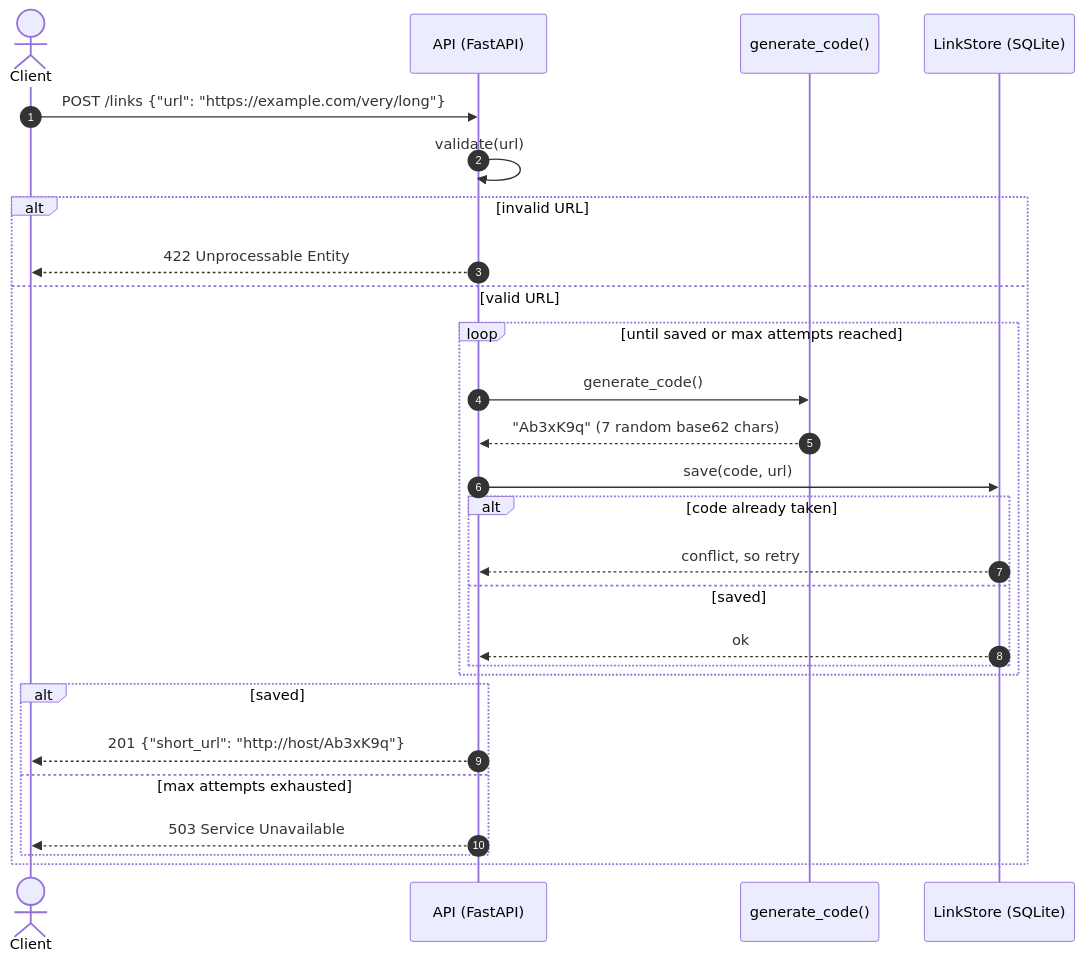
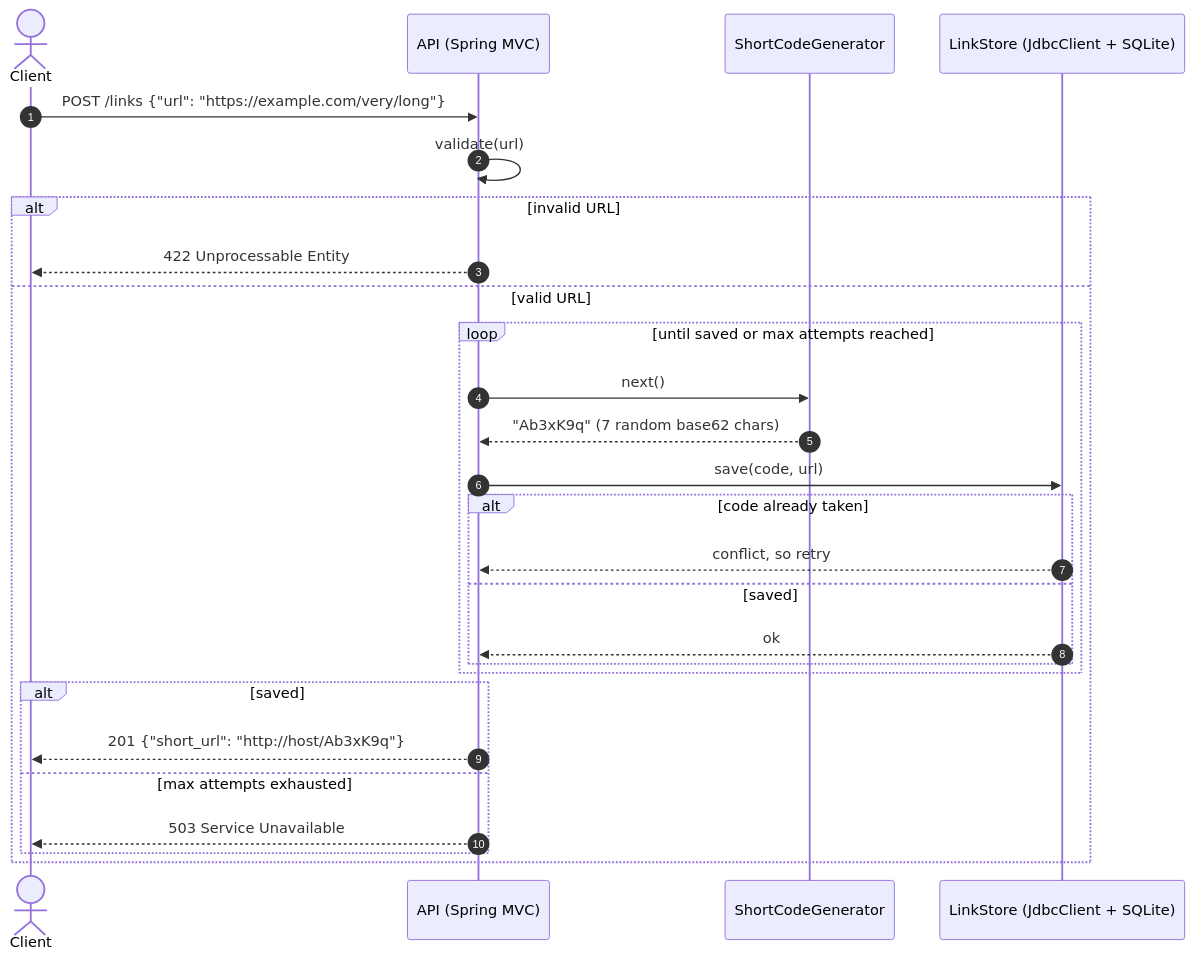
The first of 2 diagrams in docs/architecture.md (SanjuktaDavuluri/simple-url-shortener), drawn with Mermaid before and after one commit. The commit also changed other lines of this file and 13 other files, not shown here.

````diff
--- a/docs/architecture.md
+++ b/docs/architecture.md
@@ -9,30 +9,30 @@
 ```mermaid
 sequenceDiagram
     autonumber
     actor Client
-    participant API as API (FastAPI)
-    participant Gen as generate_code()
-    participant Store as LinkStore (SQLite)
+    participant API as API (Spring MVC)
+    participant Gen as ShortCodeGenerator
+    participant Store as LinkStore (JdbcClient + SQLite)
 
     Client->>API: POST /links {"url": "https://example.com/very/long"}
     API->>API: validate(url)
     alt invalid URL
         API-->>Client: 422 Unprocessable Entity
     else valid URL
         loop until saved or max attempts reached
-            API->>Gen: generate_code()
+            API->>Gen: next()
             Gen-->>API: "Ab3xK9q" (7 random base62 chars)
             API->>Store: save(code, url)
             alt code already taken
                 Store-->>API: conflict, so retry
             else saved
                 Store-->>API: ok
             end
         end
         alt saved
             API-->>Client: 201 {"short_url": "http://host/Ab3xK9q"}
         else max attempts exhausted
             API-->>Client: 503 Service Unavailable
         end
     end
 ```
````
